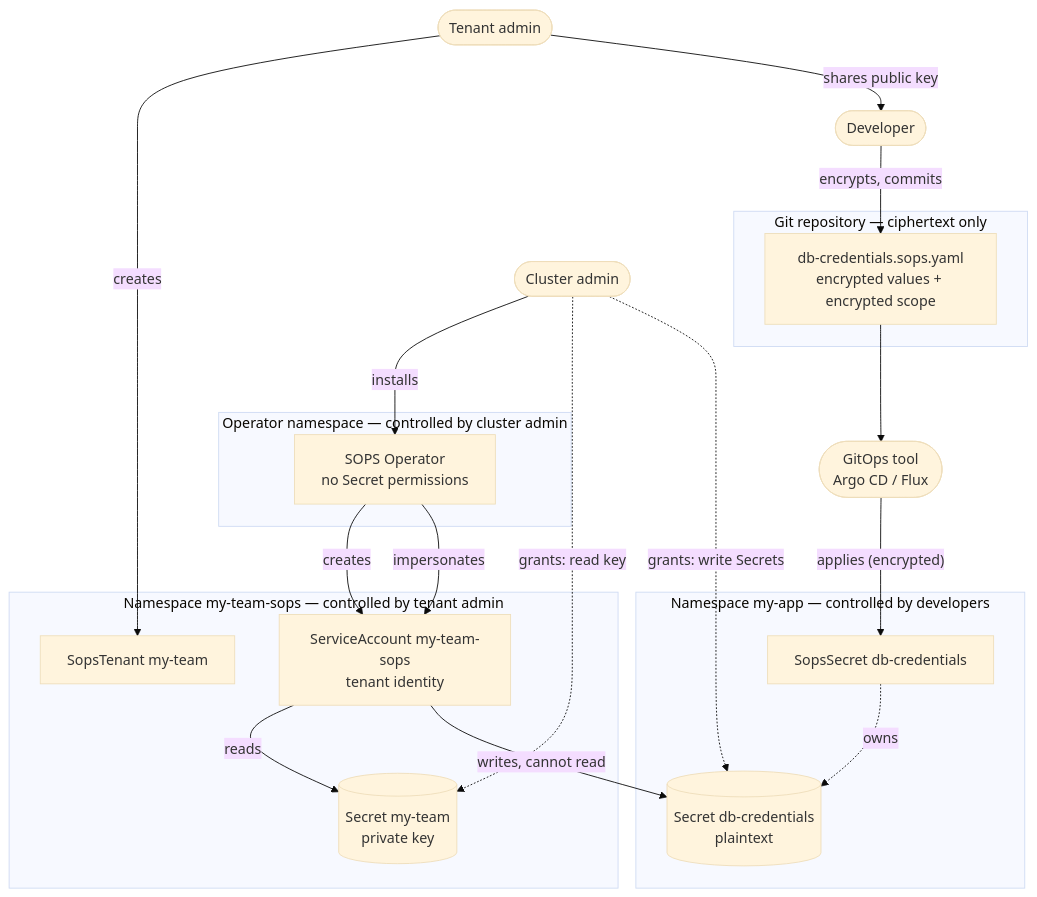
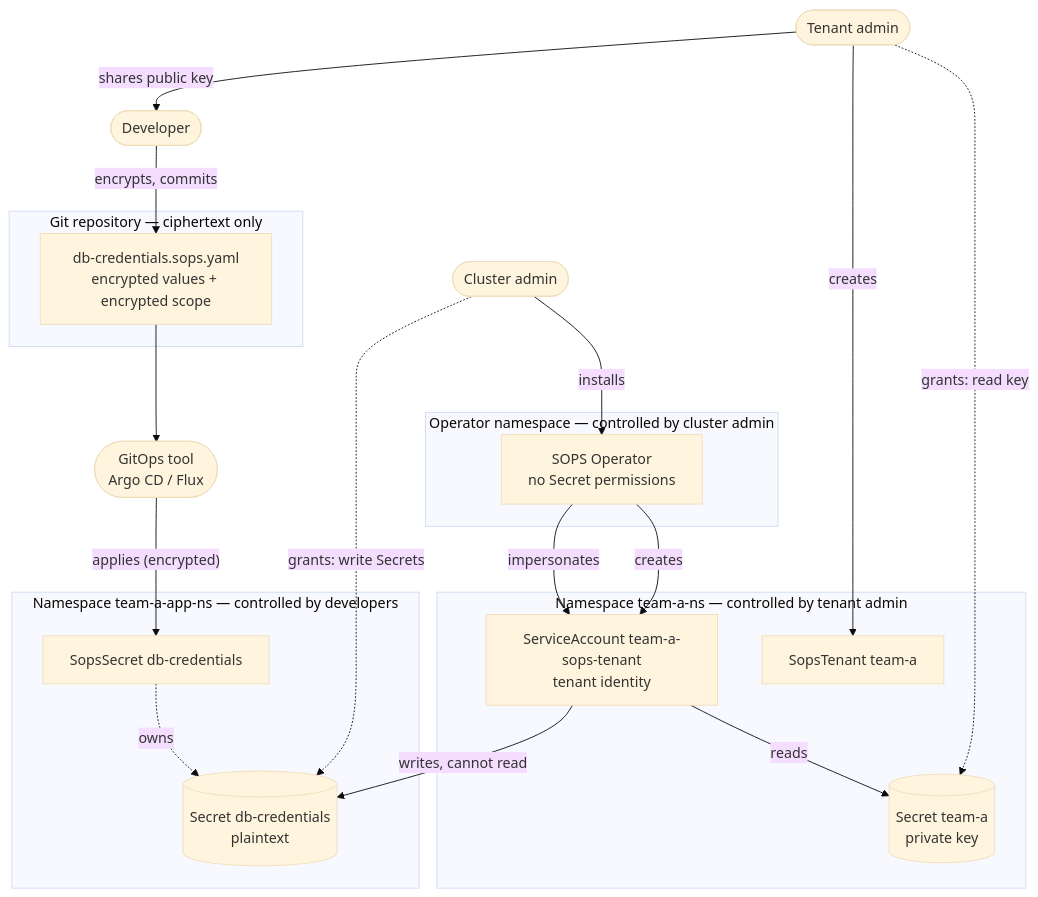
The diagram in README.md (stakater/sops-operator), drawn with Mermaid (base theme) before and after one commit. The commit also changed other lines of this file and 14 other files, not shown here.

First line of the commit message:
Release v0.0.3: <tenant>-sops-tenant ServiceAccounts, tenant-admin onboarding

````diff
--- a/README.md
+++ b/README.md
@@ -111,41 +111,41 @@
 ```mermaid
 flowchart TB
     CA(["Cluster admin"])
     TA(["Tenant admin"])
     DEV(["Developer"])
 
     subgraph GIT["Git repository — ciphertext only"]
         FILE["db-credentials.sops.yaml<br/>encrypted values + encrypted scope"]
     end
 
     GITOPS(["GitOps tool<br/>Argo CD / Flux"])
 
     subgraph OPNS["Operator namespace — controlled by cluster admin"]
         OP["SOPS Operator<br/>no Secret permissions"]
     end
 
-    subgraph TNS["Namespace my-team-sops — controlled by tenant admin"]
-        TEN["SopsTenant my-team"]
-        KEY[("Secret my-team<br/>private key")]
-        SA["ServiceAccount my-team-sops<br/>tenant identity"]
+    subgraph TNS["Namespace team-a-ns — controlled by tenant admin"]
+        TEN["SopsTenant team-a"]
+        KEY[("Secret team-a<br/>private key")]
+        SA["ServiceAccount team-a-sops-tenant<br/>tenant identity"]
     end
 
-    subgraph APP["Namespace my-app — controlled by developers"]
+    subgraph APP["Namespace team-a-app-ns — controlled by developers"]
         SS["SopsSecret db-credentials"]
         OUT[("Secret db-credentials<br/>plaintext")]
     end
 
     CA -->|installs| OP
     OP -->|creates| SA
-    CA -.->|"grants: read key"| KEY
+    TA -.->|"grants: read key"| KEY
     CA -.->|"grants: write Secrets"| OUT
     TA -->|creates| TEN
     TA -->|"shares public key"| DEV
     DEV -->|"encrypts, commits"| FILE
     FILE --> GITOPS
     GITOPS -->|"applies (encrypted)"| SS
     OP -->|impersonates| SA
     SA -->|reads| KEY
     SA -->|"writes, cannot read"| OUT
     SS -.->|owns| OUT
 ```
````
